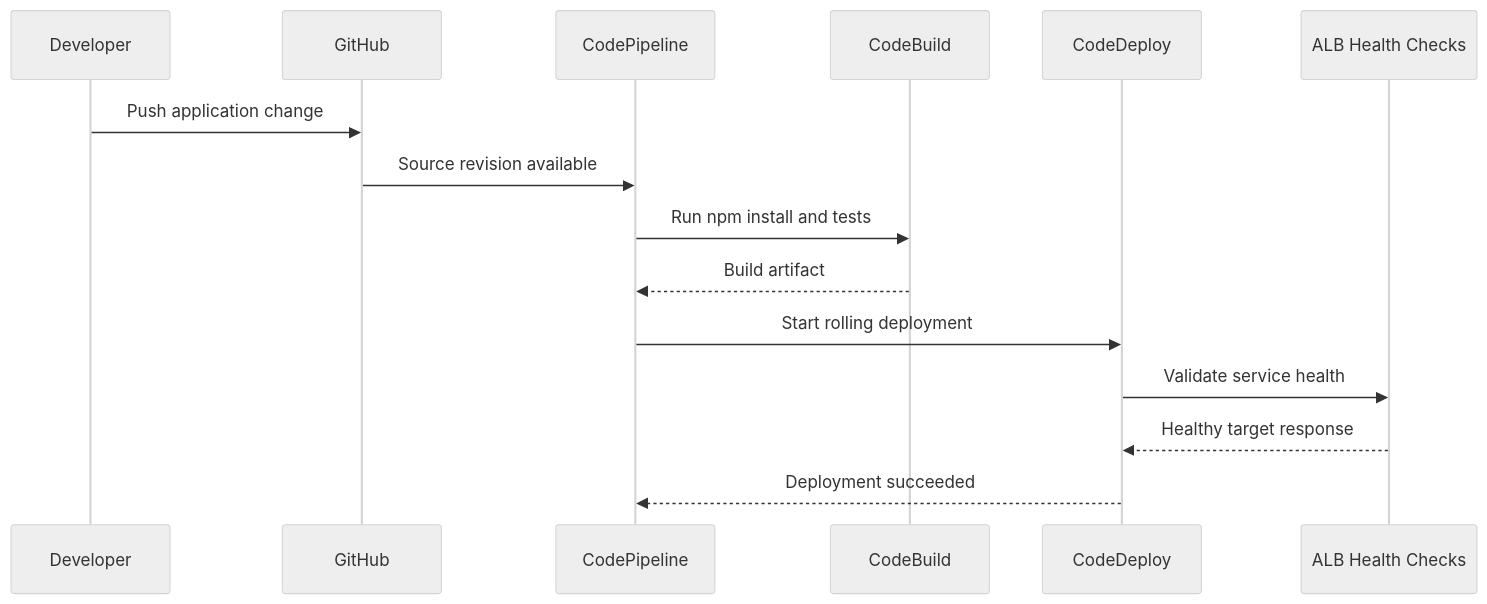
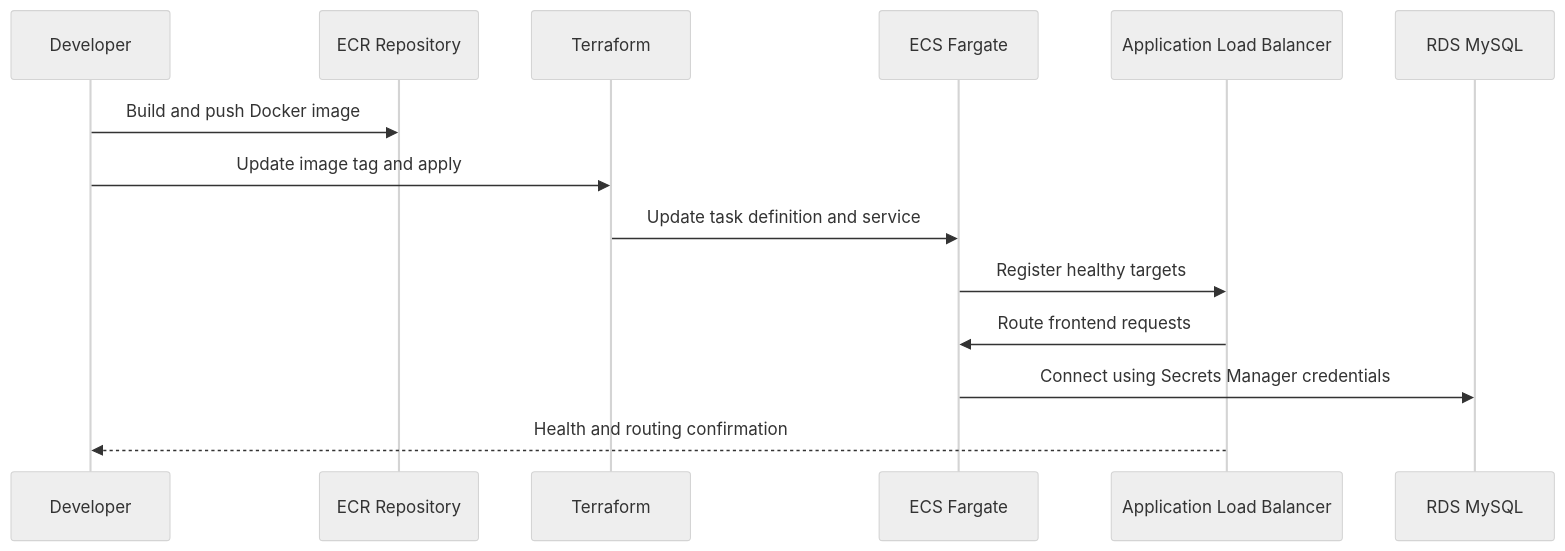
The second of 2 diagrams in docs/architecture.md (AlexJelani/aws-cloud-engineer-projects), drawn with Mermaid (neutral theme) before and after one commit. The commit also changed other lines of this file and 2 other files, not shown here.

Commit message:
updated the repo docs to match the current ECS Fargate deployment and the architecture fix

````diff
--- a/docs/architecture.md
+++ b/docs/architecture.md
@@ -31,18 +40,17 @@
 ```mermaid
 sequenceDiagram
   participant Dev as Developer
-  participant GH as GitHub
-  participant CP as CodePipeline
-  participant CB as CodeBuild
-  participant CD as CodeDeploy
-  participant ALB as ALB Health Checks
+  participant ECR as ECR Repository
+  participant TF as Terraform
+  participant ECS as ECS Fargate
+  participant ALB as Application Load Balancer
+  participant RDS as RDS MySQL
 
-  Dev->>GH: Push application change
-  GH->>CP: Source revision available
-  CP->>CB: Run npm install and tests
-  CB-->>CP: Build artifact
-  CP->>CD: Start rolling deployment
-  CD->>ALB: Validate service health
-  ALB-->>CD: Healthy target response
-  CD-->>CP: Deployment succeeded
+  Dev->>ECR: Build and push Docker image
+  Dev->>TF: Update image tag and apply
+  TF->>ECS: Update task definition and service
+  ECS->>ALB: Register healthy targets
+  ALB->>ECS: Route frontend requests
+  ECS->>RDS: Connect using Secrets Manager credentials
+  ALB-->>Dev: Health and routing confirmation
 ```
````
